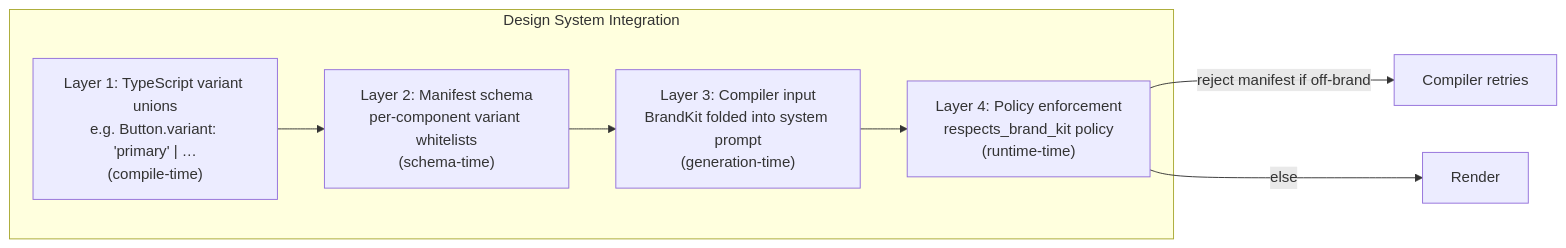
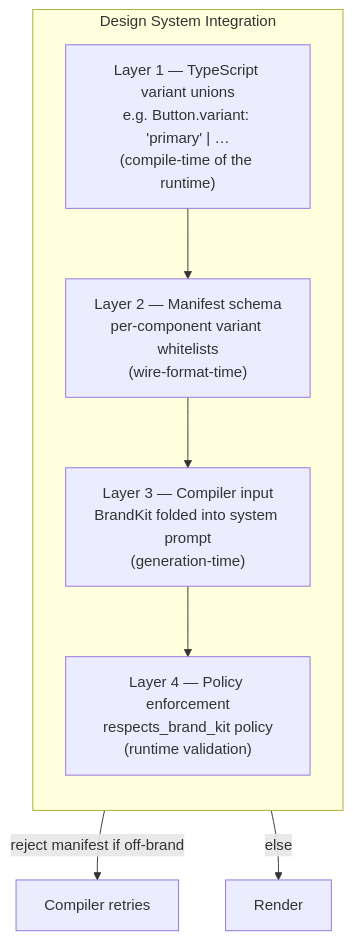
The fifth of 6 diagrams in README.md (fragmatic-io/atelier), drawn with Mermaid before and after one commit. The commit also changed other lines of this file and 212 other files, not shown here.

````diff
--- a/README.md
+++ b/README.md
@@ -205,12 +206,13 @@
 ```mermaid
-graph LR
+graph TB
   subgraph DS["Design System Integration"]
-    L1["Layer 1: TypeScript variant unions<br/>e.g. Button.variant: 'primary' | …<br/>(compile-time)"]
-    L2["Layer 2: Manifest schema<br/>per-component variant whitelists<br/>(schema-time)"]
-    L3["Layer 3: Compiler input<br/>BrandKit folded into system prompt<br/>(generation-time)"]
-    L4["Layer 4: Policy enforcement<br/>respects_brand_kit policy<br/>(runtime-time)"]
+    direction TB
+    L1["Layer 1 — TypeScript variant unions<br/>e.g. Button.variant: 'primary' | …<br/>(compile-time of the runtime)"]
+    L2["Layer 2 — Manifest schema<br/>per-component variant whitelists<br/>(wire-format-time)"]
+    L3["Layer 3 — Compiler input<br/>BrandKit folded into system prompt<br/>(generation-time)"]
+    L4["Layer 4 — Policy enforcement<br/>respects_brand_kit policy<br/>(runtime validation)"]
+    L1 --> L2 --> L3 --> L4
   end
-  L1 --> L2 --> L3 --> L4
   L4 -->|reject manifest if off-brand| Compiler[Compiler retries]
   L4 -->|else| Render[Render]
 ```
````
